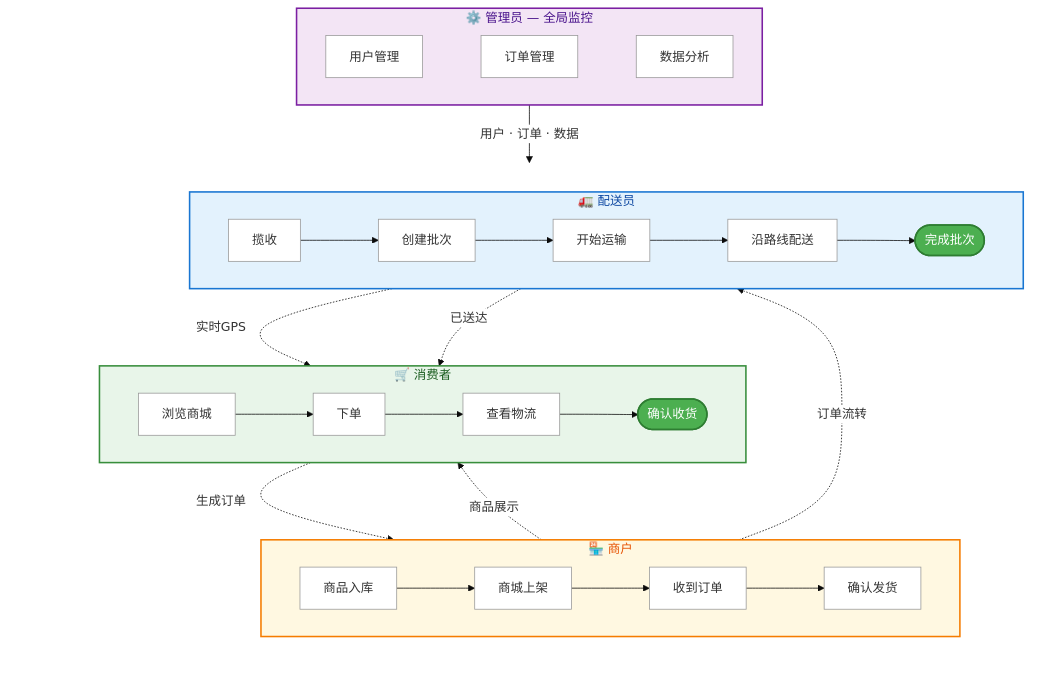
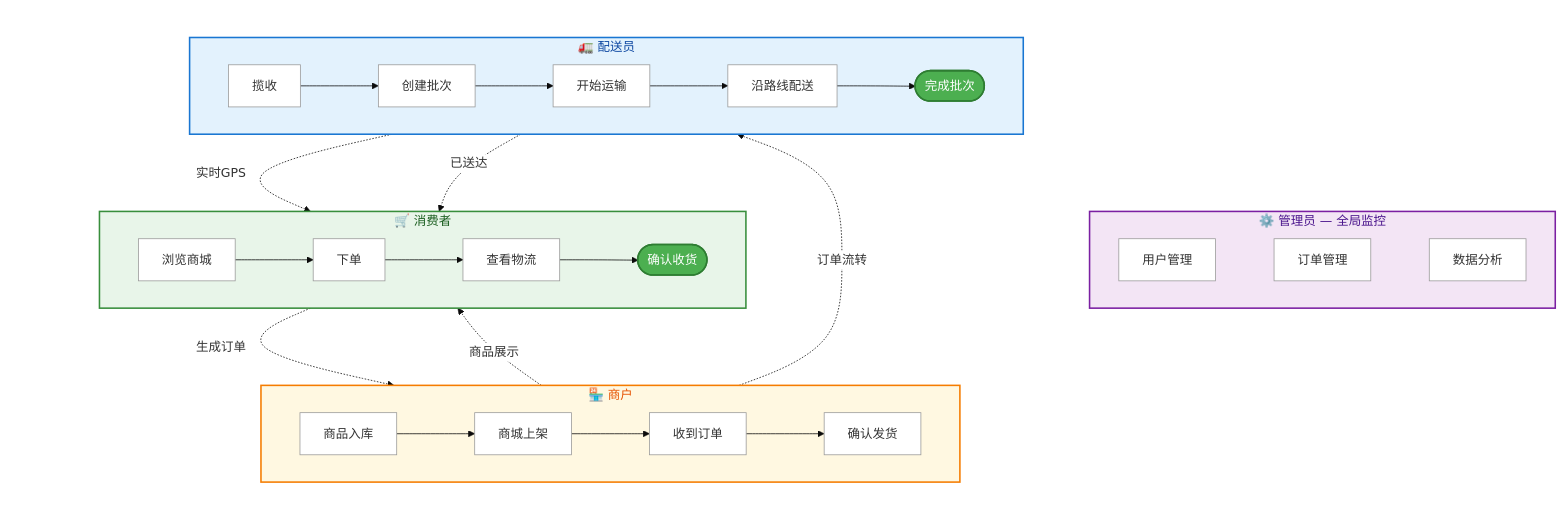
Before and after one commit to Liutianci99/grad_pilipala: the diagram in README.md, drawn with Mermaid.

Commit message:
docs: remove admin-to-business arrow

````diff
--- a/README.md
+++ b/README.md
@@ -16,48 +16,45 @@
 ```mermaid
 %%{init: {'theme':'base', 'themeVariables': {'primaryColor':'#f0f0f0', 'edgeLabelBackground':'#ffffff'}}}%%
 flowchart TB
 %% === 管理员：监控全局 ===
     subgraph AdminFlow["⚙️ 管理员 — 全局监控"]
         direction LR
         UserMgmt[用户管理] ~~~ OrderMgmt[订单管理] ~~~ DataAnalysis[数据分析]
     end
 
 %% === 核心业务流程 ===
     subgraph BusinessFlow[" "]
         direction TB
 
         subgraph MerchantFlow["🏪 商户"]
             direction LR
             StockIn[商品入库] --> Publish[商城上架] --> ReceiveOrder[收到订单] --> ShipOrder[确认发货]
         end
 
         subgraph ConsumerFlow["🛒 消费者"]
             direction LR
             BrowseMall[浏览商城] --> PlaceOrder[下单] --> TrackLogistics[查看物流] --> ConfirmReceive([确认收货])
         end
 
         subgraph DriverFlow["🚛 配送员"]
             direction LR
             Pickup[揽收] --> CreateBatch[创建批次] --> StartDelivery[开始运输] --> OnRoute[沿路线配送] --> CompleteBatch([完成批次])
         end
 
         Publish -.->|商品展示| BrowseMall
         PlaceOrder -.->|生成订单| ReceiveOrder
         ShipOrder -.->|订单流转| Pickup
         OnRoute -.->|实时GPS| TrackLogistics
         CompleteBatch -.->|已送达| ConfirmReceive
     end
 
-%% === 管理员监控连线 ===
-    AdminFlow -->|用户 · 订单 · 数据| BusinessFlow
-
     style AdminFlow fill:#F3E5F5,stroke:#7B1FA2,stroke-width:2px,color:#4A148C
     style BusinessFlow fill:none,stroke:none
     style MerchantFlow fill:#FFF8E1,stroke:#F57C00,stroke-width:2px,color:#E65100
     style ConsumerFlow fill:#E8F5E9,stroke:#388E3C,stroke-width:2px,color:#1B5E20
     style DriverFlow fill:#E3F2FD,stroke:#1976D2,stroke-width:2px,color:#0D47A1
 
     classDef default fill:#ffffff,stroke:#999999,color:#333333,stroke-width:1px
     classDef done fill:#4CAF50,stroke:#2E7D32,color:#FFFFFF,stroke-width:2px
     class ConfirmReceive,CompleteBatch done
 ```
````
